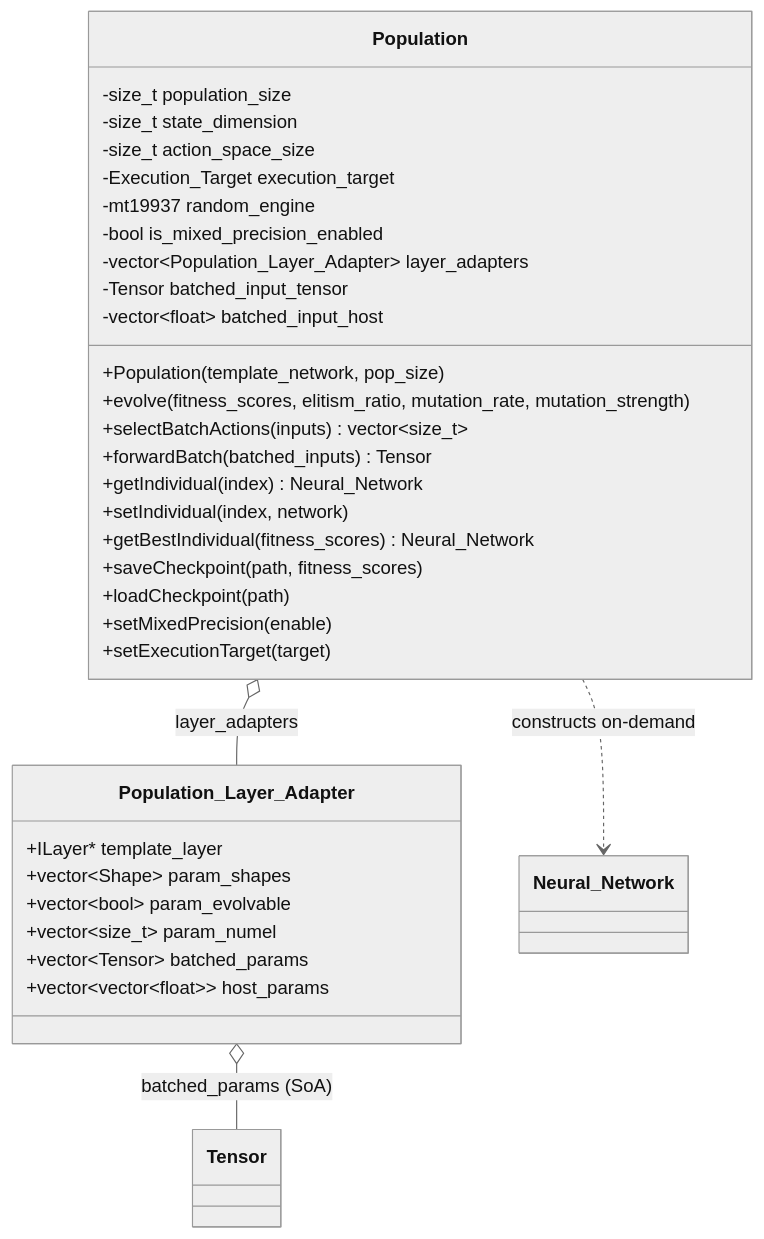
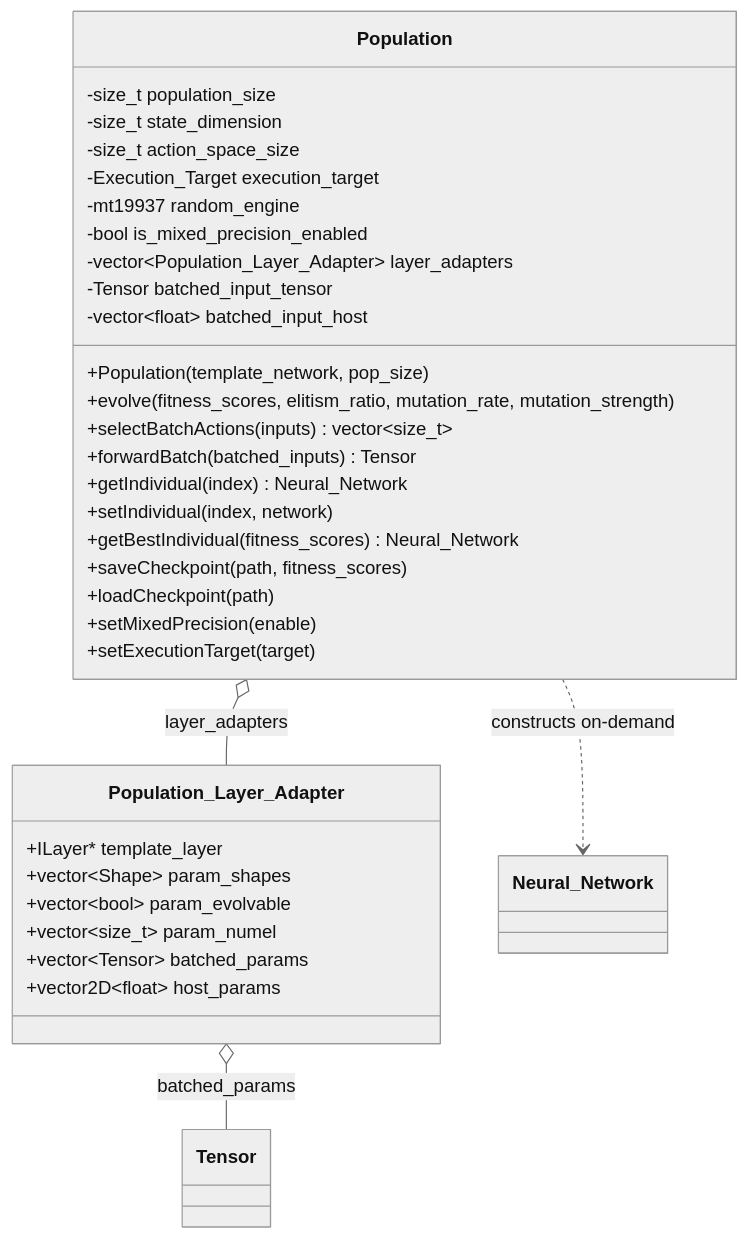
One commit to HungVQ1991/VulkanML changed the eighth of 11 diagrams in architechture.md. Above: the diagram before and after it, drawn with Mermaid (neutral theme). The commit also changed other lines of this file, not shown here.

````diff
--- a/architechture.md
+++ b/architechture.md
@@ -811,38 +811,38 @@
 ```mermaid
 classDiagram
     class Population {
         -size_t population_size
         -size_t state_dimension
         -size_t action_space_size
         -Execution_Target execution_target
         -mt19937 random_engine
         -bool is_mixed_precision_enabled
         -vector~Population_Layer_Adapter~ layer_adapters
         -Tensor batched_input_tensor
         -vector~float~ batched_input_host
         +Population(template_network, pop_size)
         +evolve(fitness_scores, elitism_ratio, mutation_rate, mutation_strength)
         +selectBatchActions(inputs) vector~size_t~
         +forwardBatch(batched_inputs) Tensor
         +getIndividual(index) Neural_Network
         +setIndividual(index, network)
         +getBestIndividual(fitness_scores) Neural_Network
         +saveCheckpoint(path, fitness_scores)
         +loadCheckpoint(path)
         +setMixedPrecision(enable)
         +setExecutionTarget(target)
     }
 
     class Population_Layer_Adapter {
         +ILayer* template_layer
         +vector~Shape~ param_shapes
         +vector~bool~ param_evolvable
         +vector~size_t~ param_numel
         +vector~Tensor~ batched_params
-        +vector~vector~float~~ host_params
+        +vector2D~float~ host_params
     }
 
     Population o-- Population_Layer_Adapter : layer_adapters
     Population ..> Neural_Network : constructs on-demand
-    Population_Layer_Adapter o-- Tensor : batched_params (SoA)
+    Population_Layer_Adapter o-- Tensor : batched_params
 ```
````
